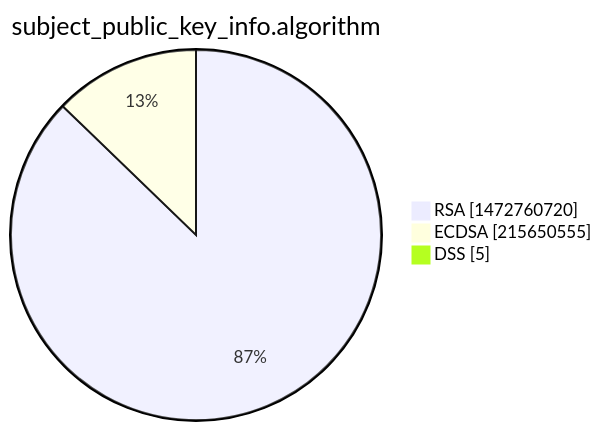
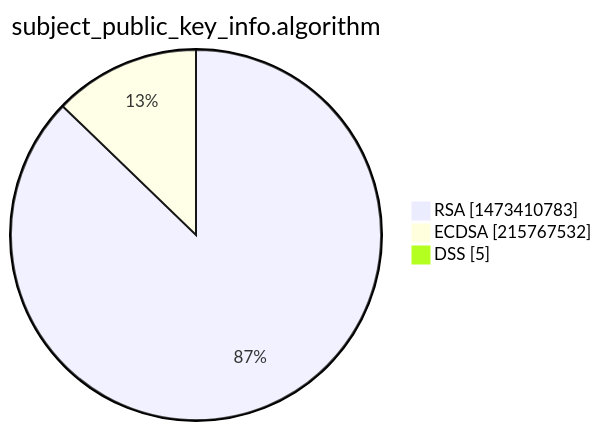
The third of 15 diagrams in xenon2022/README.md (christiankrug/ctmonitor_visualization), drawn with Mermaid before and after one commit. The commit also changed other lines of this file, not shown here.

````diff
--- a/xenon2022/README.md
+++ b/xenon2022/README.md
@@ -14,7 +14,7 @@
 ```mermaid
 pie showData
 title subject_public_key_info.algorithm
-"RSA" :1472760720
-"ECDSA" :215650555
+"RSA" :1473410783
+"ECDSA" :215767532
 "DSS" :5
 ```
````
